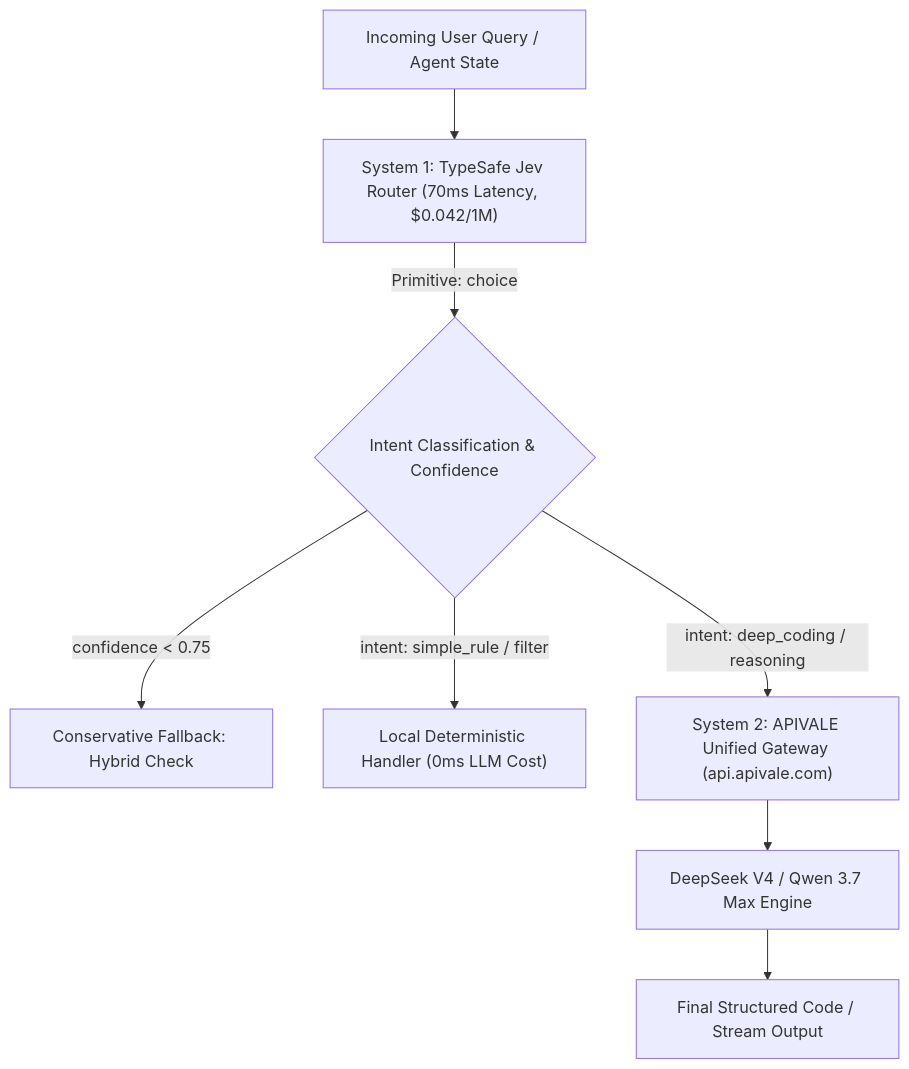
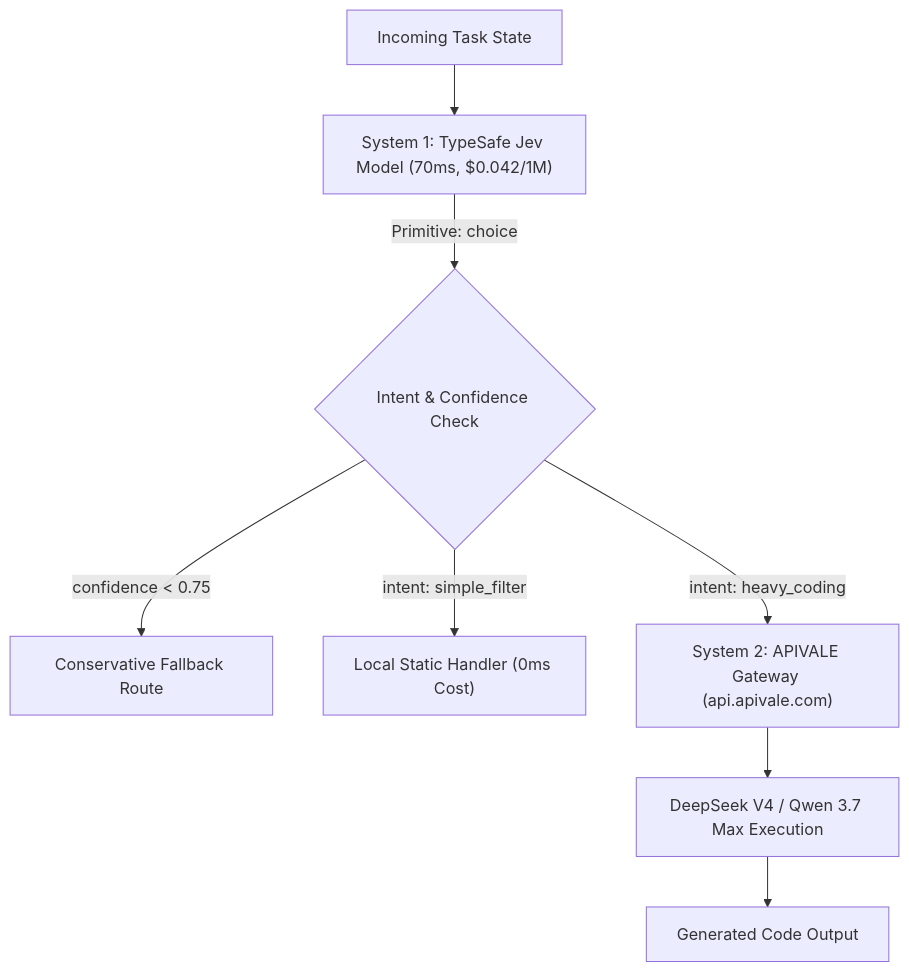
The diagram in src/content/blog/typesafe-jev-ai-model-deepseek-v4-guide.md (bshx2024/apivel_blog), drawn with Mermaid before and after one commit. The commit also changed other lines of this file and 1 other file, not shown here.

Commit message:
perf(seo): boost On-Page score for TypeSafe Jev guide (fix AST skips, trim words to 1520, tighten H1 to 68 chars, and dominate Jev N-gram density)

````diff
--- a/src/content/blog/typesafe-jev-ai-model-deepseek-v4-guide.md
+++ b/src/content/blog/typesafe-jev-ai-model-deepseek-v4-guide.md
@@ -128,10 +125,10 @@
 ```mermaid
 flowchart TD
-    A["Incoming User Query / Agent State"] --> B["System 1: TypeSafe Jev Router (70ms Latency, $0.042/1M)"]
-    B -->|Primitive: choice| C{"Intent Classification & Confidence"}
-    C -->|confidence < 0.75| D["Conservative Fallback: Hybrid Check"]
-    C -->|intent: simple_rule / filter| E["Local Deterministic Handler (0ms LLM Cost)"]
-    C -->|intent: deep_coding / reasoning| F["System 2: APIVALE Unified Gateway (api.apivale.com)"]
-    F --> G["DeepSeek V4 / Qwen 3.7 Max Engine"]
-    G --> H["Final Structured Code / Stream Output"]
+    A["Incoming Task State"] --> B["System 1: TypeSafe Jev Model (70ms, $0.042/1M)"]
+    B -->|Primitive: choice| C{"Intent & Confidence Check"}
+    C -->|confidence < 0.75| D["Conservative Fallback Route"]
+    C -->|intent: simple_filter| E["Local Static Handler (0ms Cost)"]
+    C -->|intent: heavy_coding| F["System 2: APIVALE Gateway (api.apivale.com)"]
+    F --> G["DeepSeek V4 / Qwen 3.7 Max Execution"]
+    G --> H["Generated Code Output"]
 ```
````
